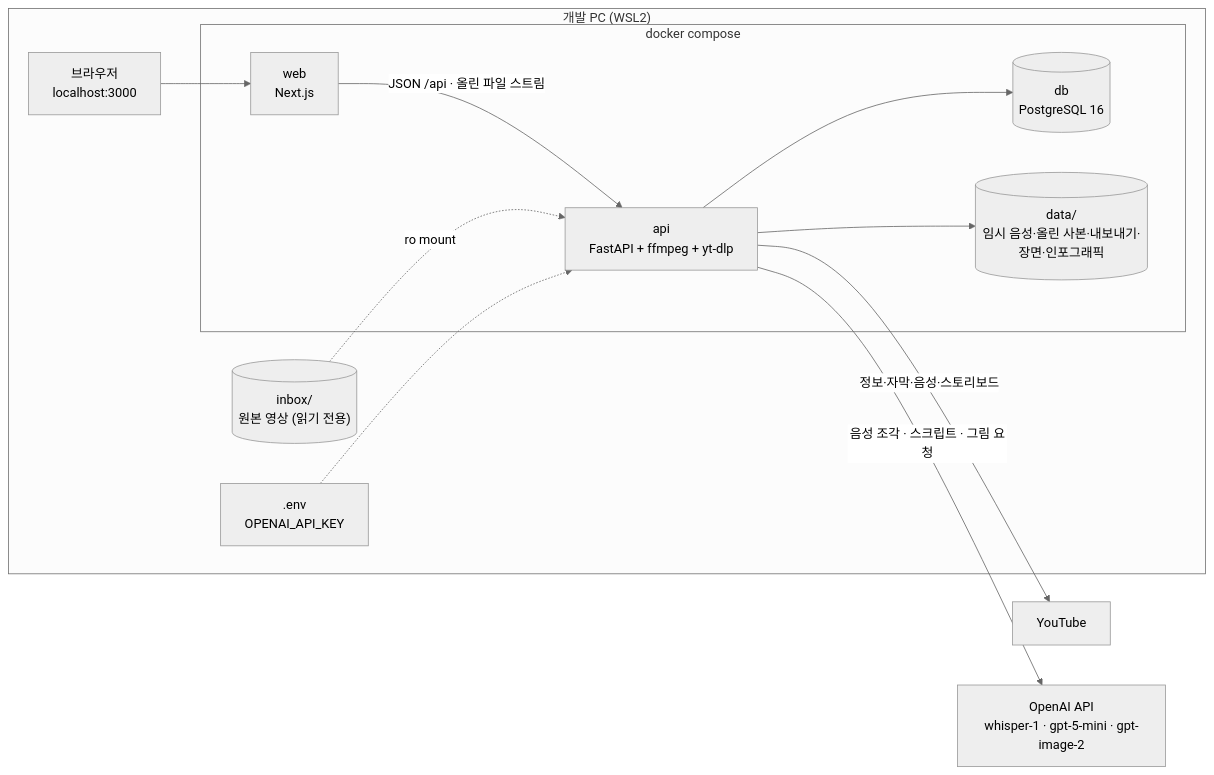
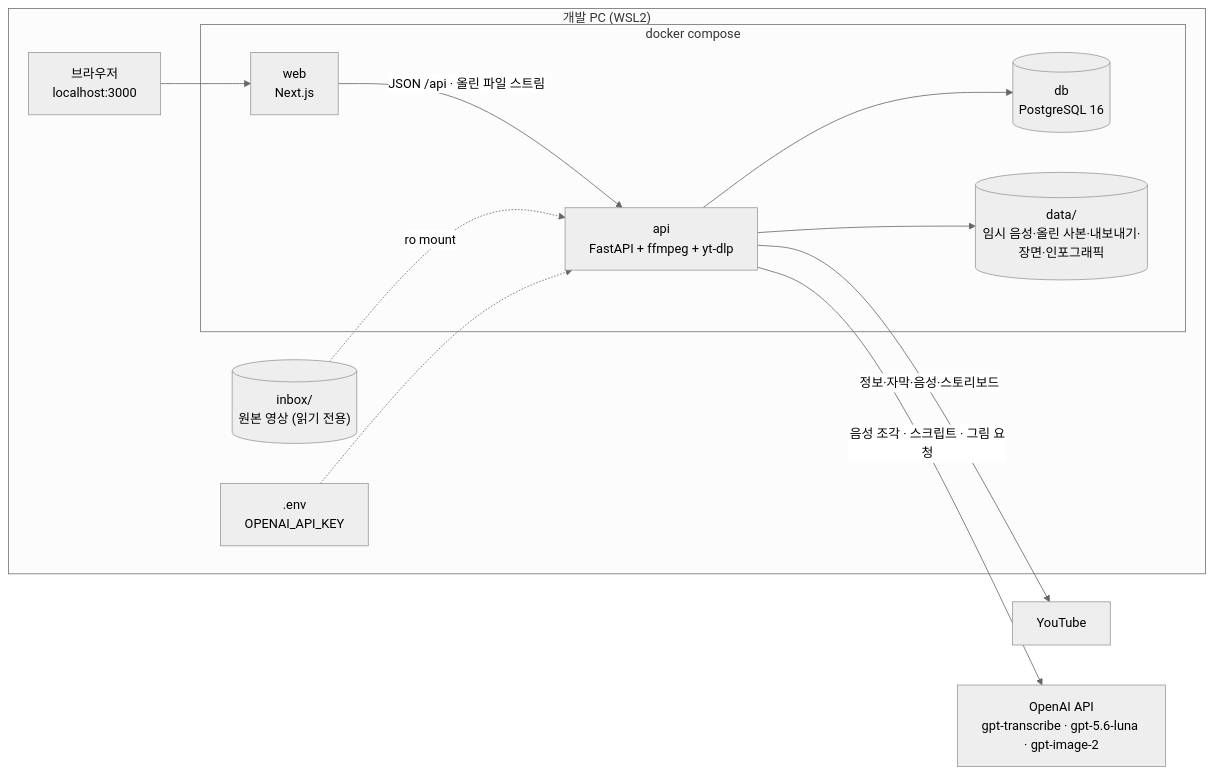
Before and after one commit to HoyoungParkme/video-agent: the diagram in docs/specs/05-INFRA/VA-INFRA-001.md, drawn with Mermaid (neutral theme). The commit also changed other lines of this file, not shown here.

Commit message:
받아쓰기를 gpt-transcribe 15초 이하 조각으로, 요약 · Q&A를 gpt-5.6-luna로, Q&A 맥락을 두 글자 조각 BM25로 바꾼다 2026-10-01 사용자 결정. C3을 「구간 시각은 조각의 경계」로 다시 쓰고 실측(글자 차이 · 자른 조각 · 지연 · 값)을 적는다. 기술 스택 세 줄 · 구성도 · 7절 · 9절 미결 둘을 닫고 잘게 나누는 값(15초 · -30dB 0.2초 · 동시 3)을 더한다

````diff
--- a/docs/specs/05-INFRA/VA-INFRA-001.md
+++ b/docs/specs/05-INFRA/VA-INFRA-001.md
@@ -105,25 +117,25 @@
 ```mermaid
 flowchart LR
   subgraph host["개발 PC (WSL2)"]
     browser["브라우저<br/>localhost:3000"]
     inbox[("inbox/<br/>원본 영상 (읽기 전용)")]
     subgraph compose["docker compose"]
       web["web<br/>Next.js"]
       api["api<br/>FastAPI + ffmpeg + yt-dlp"]
       db[("db<br/>PostgreSQL 16")]
       data[("data/<br/>임시 음성·올린 사본·내보내기·장면·인포그래픽")]
     end
     env[".env<br/>OPENAI_API_KEY"]
   end
   yt["YouTube"]
-  oai["OpenAI API<br/>whisper-1 · gpt-5-mini · gpt-image-2"]
+  oai["OpenAI API<br/>gpt-transcribe · gpt-5.6-luna · gpt-image-2"]
 
   browser --> web
   web -->|"JSON /api · 올린 파일 스트림"| api
   api --> db
   api --> data
   inbox -.->|"ro mount"| api
   env -.-> api
   api -->|"정보·자막·음성·스토리보드"| yt
   api -->|"음성 조각 · 스크립트 · 그림 요청"| oai
 ```
````
